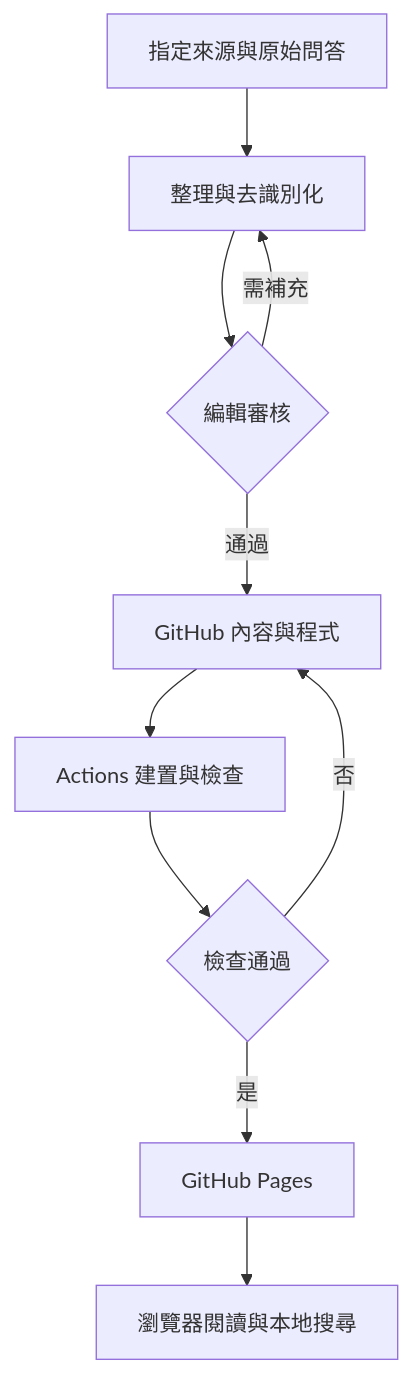
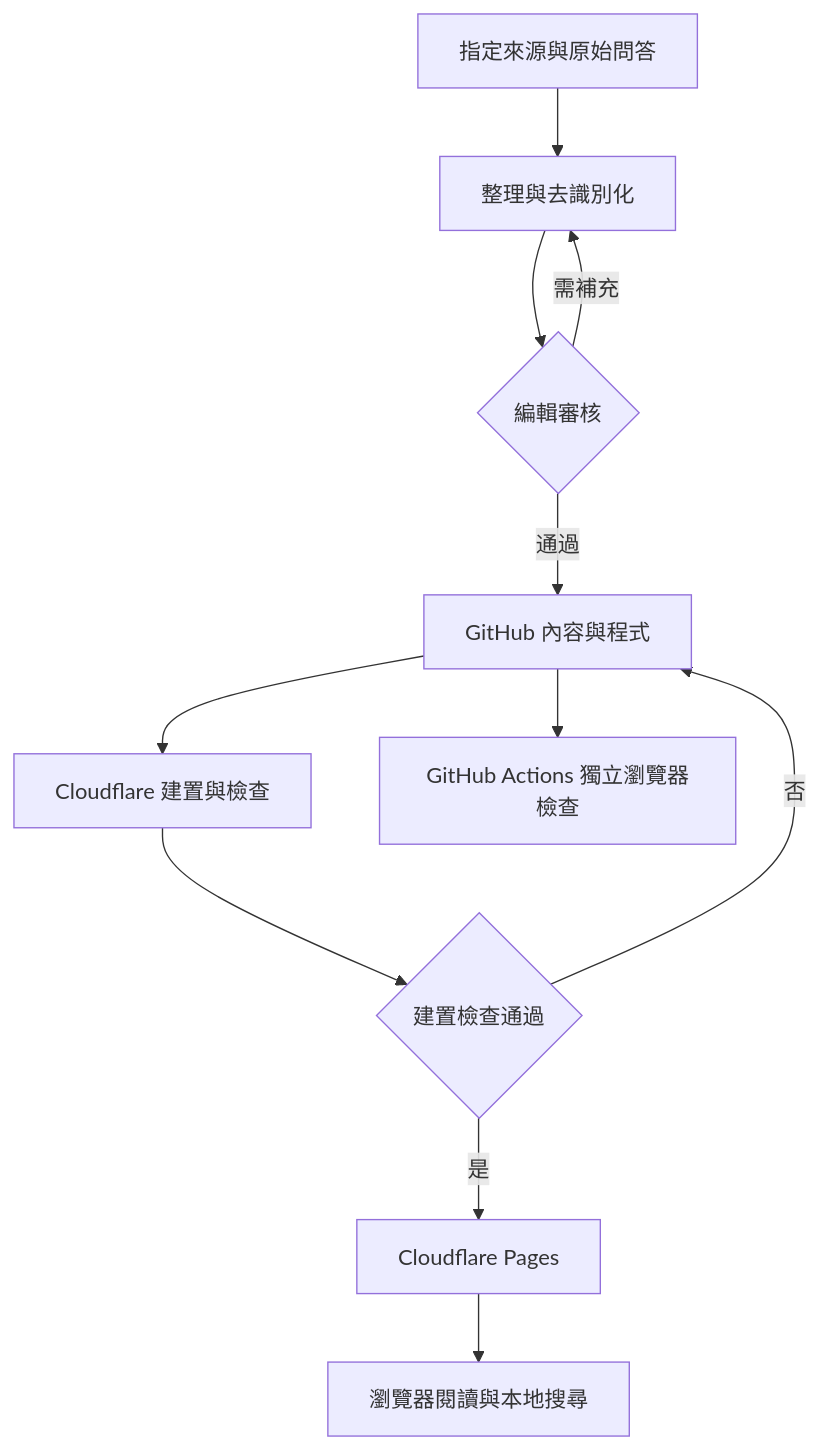
Before and after one commit to hansai-art/sat-ai-avatar-qa: the diagram in docs/SPEC.md, drawn with Mermaid. The commit also changed other lines of this file and 7 other files, not shown here.

````diff
--- a/docs/SPEC.md
+++ b/docs/SPEC.md
@@ -34,12 +34,13 @@
 ```mermaid
 flowchart TD
   A["指定來源與原始問答"] --> B["整理與去識別化"]
   B --> C{"編輯審核"}
   C -->|"需補充"| B
   C -->|"通過"| D["GitHub 內容與程式"]
-  D --> E["Actions 建置與檢查"]
-  E --> F{"檢查通過"}
+  D --> E["Cloudflare 建置與檢查"]
+  D --> I["GitHub Actions 獨立瀏覽器檢查"]
+  E --> F{"建置檢查通過"}
   F -->|"否"| D
-  F -->|"是"| G["GitHub Pages"]
+  F -->|"是"| G["Cloudflare Pages"]
   G --> H["瀏覽器閱讀與本地搜尋"]
 ```
````
